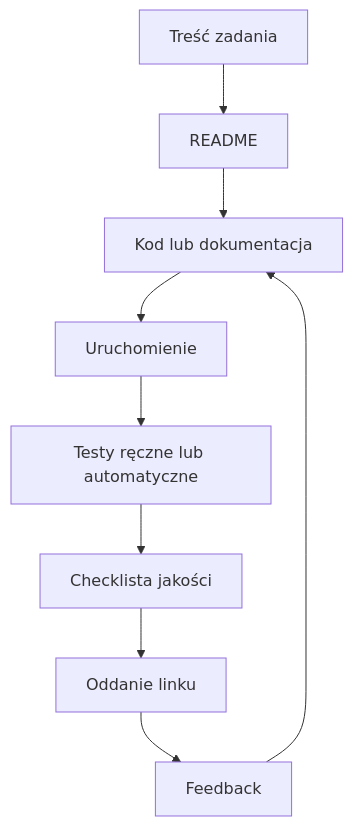
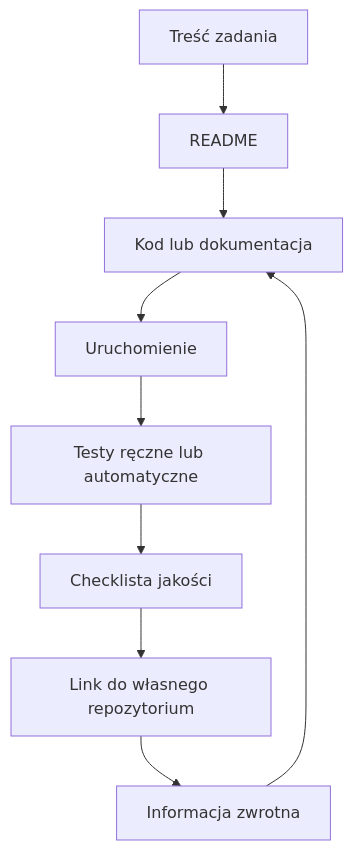
Before and after one commit to tborzyszkowski/warsztat-programisty-pjatk: the diagram in src/01-organizacja/02-struktura-materialow-i-oddawanie/diagramy/checklista-oddania.mmd, drawn with Mermaid. The commit also changed 3 other files, not shown here.

Commit message:
Update README and diagrams to clarify repository structure and submission guidelines

```diff
--- a/src/01-organizacja/02-struktura-materialow-i-oddawanie/diagramy/checklista-oddania.mmd
+++ b/src/01-organizacja/02-struktura-materialow-i-oddawanie/diagramy/checklista-oddania.mmd
@@ -1,9 +1,9 @@
 flowchart TD
     A[Treść zadania] --> B[README]
     B --> C[Kod lub dokumentacja]
     C --> D[Uruchomienie]
     D --> E[Testy ręczne lub automatyczne]
     E --> F[Checklista jakości]
-    F --> G[Oddanie linku]
-    G --> H[Feedback]
+    F --> G[Link do własnego repozytorium]
+    G --> H[Informacja zwrotna]
     H --> C
```
